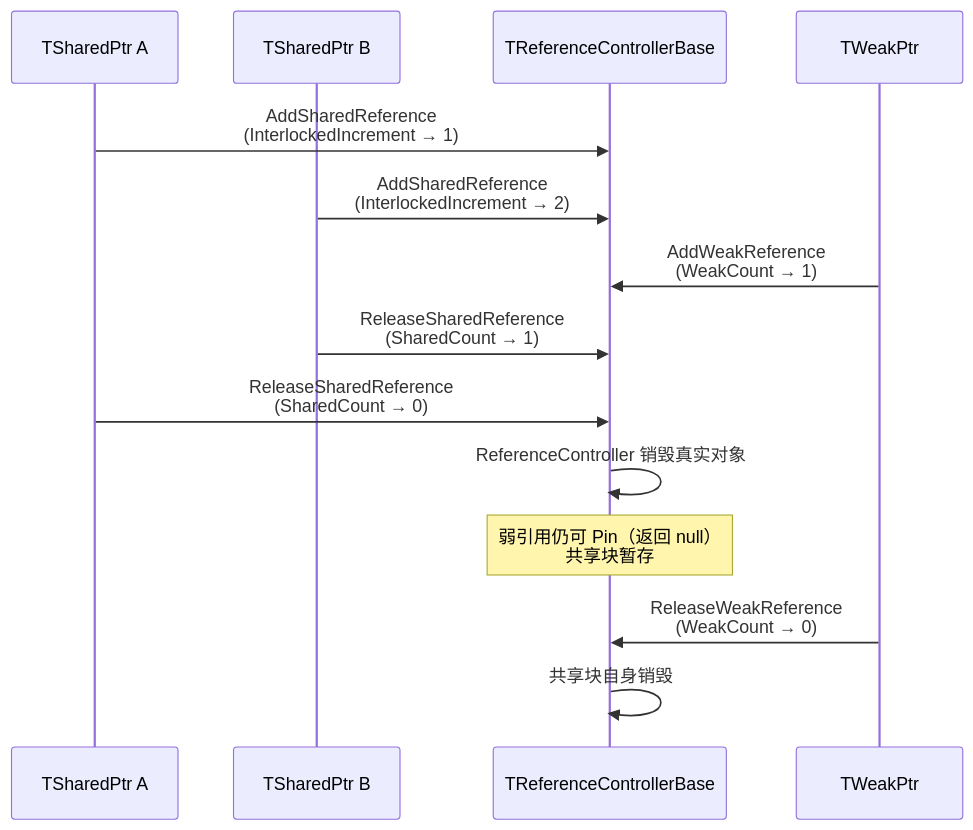
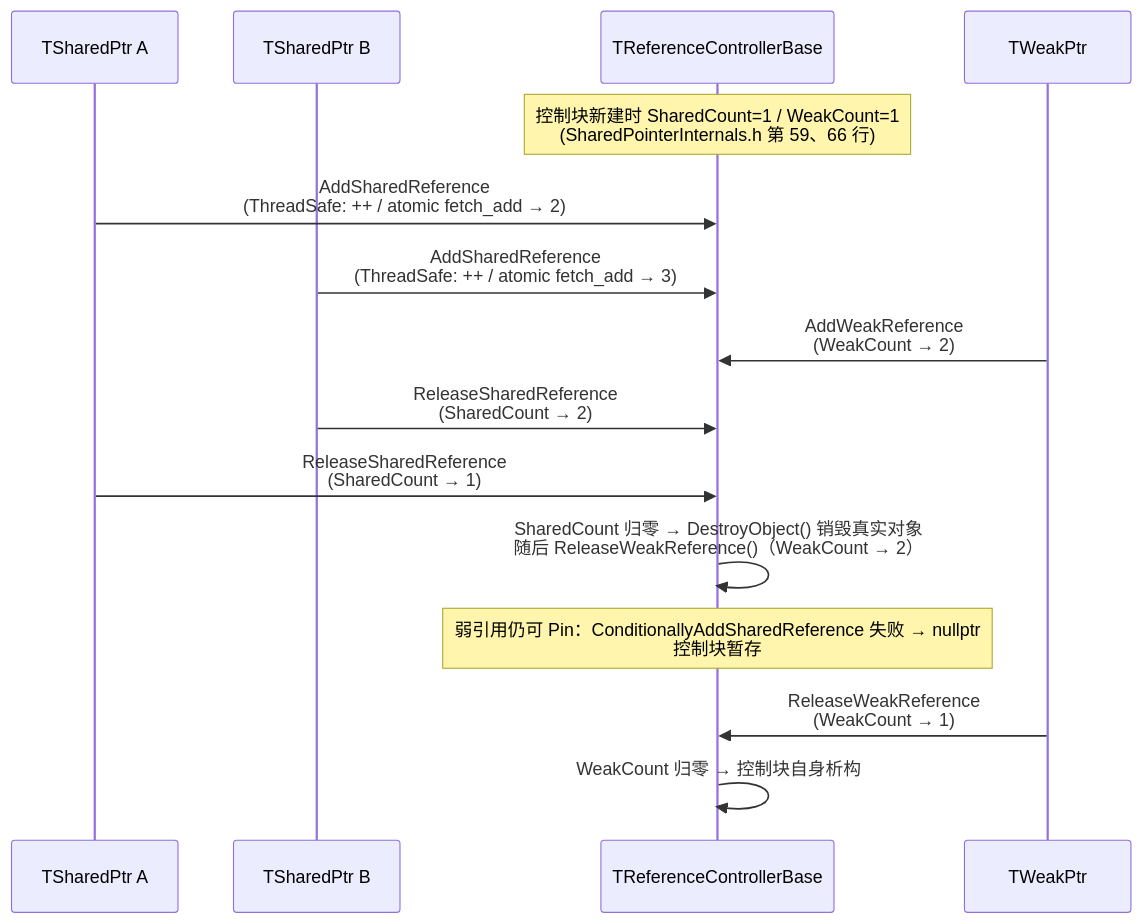
Before and after one commit to fantuan812/learning: the third of 4 diagrams in 游戏知识/12-引擎源码分析/07-容器与内存管理源码.md, drawn with Mermaid. The commit also changed other lines of this file and 264 other files, not shown here.

````diff
--- a/游戏知识/12-引擎源码分析/07-容器与内存管理源码.md
+++ b/游戏知识/12-引擎源码分析/07-容器与内存管理源码.md
@@ -522,17 +1910,18 @@
 ```mermaid
 sequenceDiagram
     participant A as TSharedPtr A
     participant B as TSharedPtr B
     participant State as TReferenceControllerBase
     participant W as TWeakPtr
 
-    A->>State: AddSharedReference<br/>(InterlockedIncrement → 1)
-    B->>State: AddSharedReference<br/>(InterlockedIncrement → 2)
-    W->>State: AddWeakReference<br/>(WeakCount → 1)
-    B->>State: ReleaseSharedReference<br/>(SharedCount → 1)
-    A->>State: ReleaseSharedReference<br/>(SharedCount → 0)
-    State->>State: ReferenceController 销毁真实对象
-    Note over State: 弱引用仍可 Pin（返回 null）<br/>共享块暂存
-    W->>State: ReleaseWeakReference<br/>(WeakCount → 0)
-    State->>State: 共享块自身销毁
+    Note over State: 控制块新建时 SharedCount=1 / WeakCount=1<br/>(SharedPointerInternals.h 第 59、66 行)
+    A->>State: AddSharedReference<br/>(ThreadSafe: ++ / atomic fetch_add → 2)
+    B->>State: AddSharedReference<br/>(ThreadSafe: ++ / atomic fetch_add → 3)
+    W->>State: AddWeakReference<br/>(WeakCount → 2)
+    B->>State: ReleaseSharedReference<br/>(SharedCount → 2)
+    A->>State: ReleaseSharedReference<br/>(SharedCount → 1)
+    State->>State: SharedCount 归零 → DestroyObject() 销毁真实对象<br/>随后 ReleaseWeakReference()（WeakCount → 2）
+    Note over State: 弱引用仍可 Pin：ConditionallyAddSharedReference 失败 → nullptr<br/>控制块暂存
+    W->>State: ReleaseWeakReference<br/>(WeakCount → 1)
+    State->>State: WeakCount 归零 → 控制块自身析构
 ```
````
